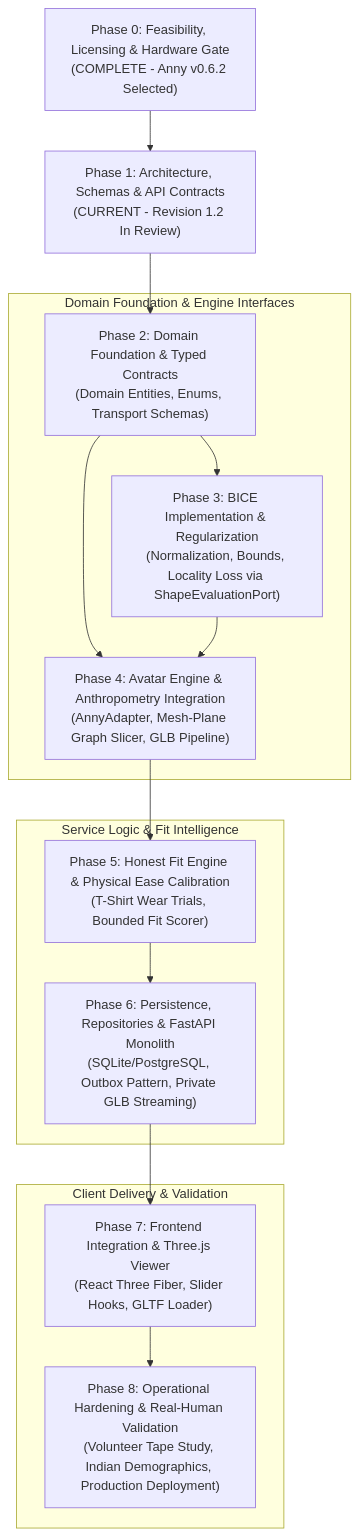
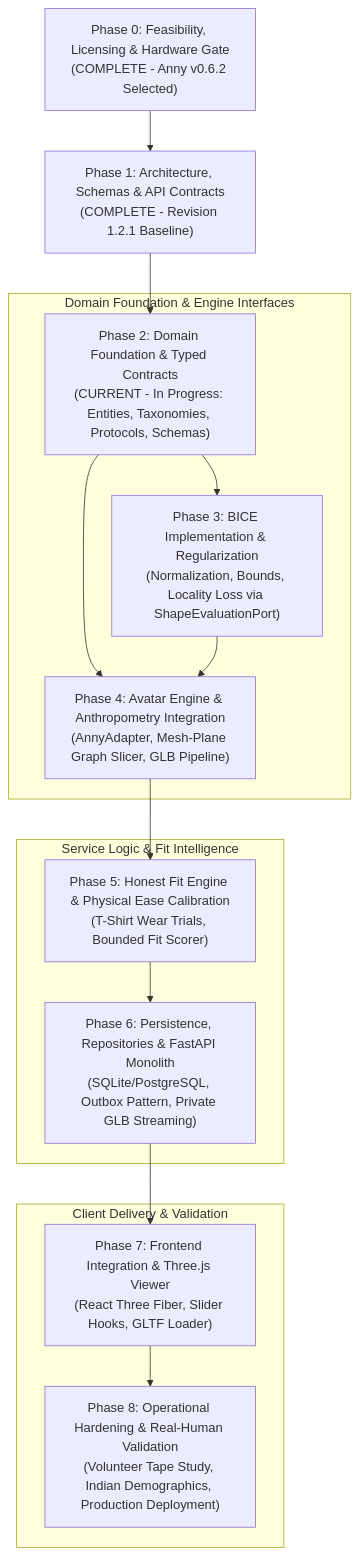
One commit to SnehaSwarnkar/WearWise changed the diagram in WEARWISE-BODY-ENGINE/docs/architecture/IMPLEMENTATION_ROADMAP.md. Above: the diagram before and after it, drawn with Mermaid. The commit also changed other lines of this file, not shown here.

Commit message:
docs(roadmap): update IMPLEMENTATION_ROADMAP.md to Rev 1.2.1 and mark Phase 2 in progress

````diff
--- a/WEARWISE-BODY-ENGINE/docs/architecture/IMPLEMENTATION_ROADMAP.md
+++ b/WEARWISE-BODY-ENGINE/docs/architecture/IMPLEMENTATION_ROADMAP.md
@@ -13,24 +13,24 @@
 ```mermaid
 flowchart TD
     P0["Phase 0: Feasibility, Licensing & Hardware Gate<br>(COMPLETE - Anny v0.6.2 Selected)"] --> P1
-    P1["Phase 1: Architecture, Schemas & API Contracts<br>(CURRENT - Revision 1.2 In Review)"] --> P2
+    P1["Phase 1: Architecture, Schemas & API Contracts<br>(COMPLETE - Revision 1.2.1 Baseline)"] --> P2
     
     subgraph FoundationTier["Domain Foundation & Engine Interfaces"]
-        P2["Phase 2: Domain Foundation & Typed Contracts<br>(Domain Entities, Enums, Transport Schemas)"] --> P3
+        P2["Phase 2: Domain Foundation & Typed Contracts<br>(CURRENT - In Progress: Entities, Taxonomies, Protocols, Schemas)"] --> P3
         P2 --> P4
         P3["Phase 3: BICE Implementation & Regularization<br>(Normalization, Bounds, Locality Loss via ShapeEvaluationPort)"] --> P4
         P4["Phase 4: Avatar Engine & Anthropometry Integration<br>(AnnyAdapter, Mesh-Plane Graph Slicer, GLB Pipeline)"]
     end
 
     subgraph ServiceTier["Service Logic & Fit Intelligence"]
         P4 --> P5
         P5["Phase 5: Honest Fit Engine & Physical Ease Calibration<br>(T-Shirt Wear Trials, Bounded Fit Scorer)"] --> P6
         P6["Phase 6: Persistence, Repositories & FastAPI Monolith<br>(SQLite/PostgreSQL, Outbox Pattern, Private GLB Streaming)"]
     end
 
     subgraph PresentationTier["Client Delivery & Validation"]
         P6 --> P7
         P7["Phase 7: Frontend Integration & Three.js Viewer<br>(React Three Fiber, Slider Hooks, GLTF Loader)"] --> P8
         P8["Phase 8: Operational Hardening & Real-Human Validation<br>(Volunteer Tape Study, Indian Demographics, Production Deployment)"]
     end
 ```
````
